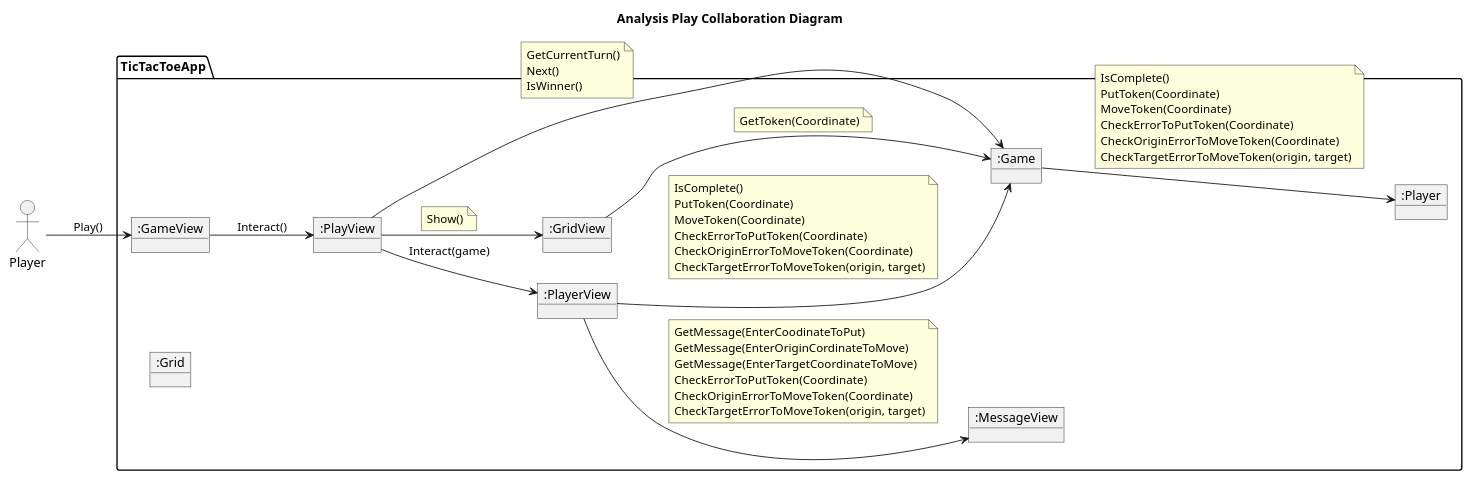
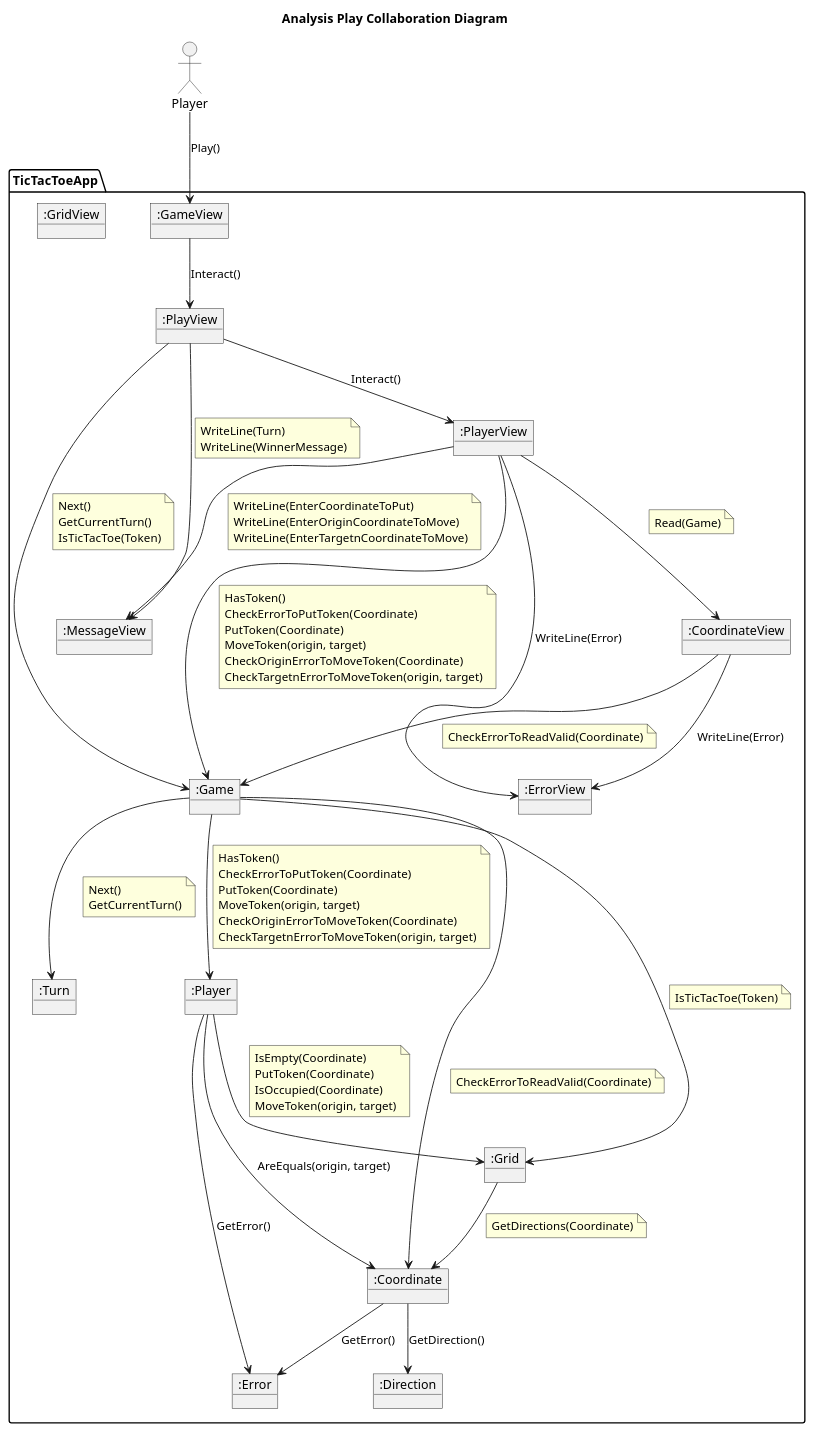
One commit to franpaulinoinfante/TicTacToe changed the fifth of 10 diagrams in src/DocumentView/Basic/Docs/Analysis.plantuml. Above: the diagram before and after it, drawn with PlantUML. The commit also changed other lines of this file, not shown here.

```diff
--- a/src/DocumentView/Basic/Docs/Analysis.plantuml
+++ b/src/DocumentView/Basic/Docs/Analysis.plantuml
@@ -246,74 +246,117 @@
 @startuml Analysis Play Collaboration Diagram
-    left to right direction
     allowmixing
     title Analysis Play Collaboration Diagram
 
 actor "Player" as Actorr
 package TicTacToeApp{
 
     object ":GameView" as GameView{
     }
     object ":PlayView" as PlayView{
     }
     object ":MessageView" as MessageView{
     }
     object ":PlayerView" as PlayerView{
     }
     object ":GridView" as GridView{
     }
+    object ":CoordinateView" as CoordinateView{
+    }
+    object ":ErrorView" as ErrorView{
+    }
 
 
     object ":Game" as Game{
     }
+    object ":Turn" as Turn{
+    }
     object ":Player" as Player{
     }
     object ":Grid" as Grid{
+    }
+    object ":Coordinate" as Coordinate{
+    }
+    object ":Error" as Error{
+    }
+    object ":Direction" as Direction{
     }
     
 }
 
 Actorr --> GameView : Play()
     GameView --> PlayView : Interact()
-        PlayView --> PlayerView : Interact(game)
+        PlayView --> Game  
+            note on link
+                Next()
+                GetCurrentTurn()
+                IsTicTacToe(Token)
+            endnote
+            Game --> Turn
+                note on link
+                    Next()
+                    GetCurrentTurn()
+                endnote
+            Game --> Grid
+                note on link
+                    IsTicTacToe(Token)
+                endnote
+                Grid --> Coordinate
+                    note on link
+                        GetDirections(Coordinate)
+                    endNote
+                    Coordinate --> Direction : GetDirection()
+        PlayView --> MessageView
+            note on link
+                WriteLine(Turn)
+                WriteLine(WinnerMessage)
+            endnote
+        PlayView --> PlayerView : Interact()
             PlayerView --> Game
                 note on link
-                    IsComplete()
+                    HasToken()
+                    CheckErrorToPutToken(Coordinate)
                     PutToken(Coordinate)
-                    MoveToken(Coordinate)
-                    CheckErrorToPutToken(Coordinate)
+                    MoveToken(origin, target)
                     CheckOriginErrorToMoveToken(Coordinate)
-                    CheckTargetErrorToMoveToken(origin, target)
+                    CheckTargetnErrorToMoveToken(origin, target)
                 endnote
                 Game --> Player
                     note on link
-                        IsComplete()
+                        HasToken()
+                        CheckErrorToPutToken(Coordinate)
                         PutToken(Coordinate)
-                        MoveToken(Coordinate)
-                        CheckErrorToPutToken(Coordinate)
+                        MoveToken(origin, target)
                         CheckOriginErrorToMoveToken(Coordinate)
-                        CheckTargetErrorToMoveToken(origin, target)
+                        CheckTargetnErrorToMoveToken(origin, target)
                     endnote
+                    Player --> Grid
+                        note on link
+                            IsEmpty(Coordinate)
+                            PutToken(Coordinate)
+                            IsOccupied(Coordinate)
+                            MoveToken(origin, target)
+                        endnote
+                    Player --> Coordinate : AreEquals(origin, target)
+                    Player --> Error : GetError()
             PlayerView --> MessageView
                 note on link
-                    GetMessage(EnterCoodinateToPut)
-                    GetMessage(EnterOriginCordinateToMove)
-                    GetMessage(EnterTargetCoordinateToMove)
-                    CheckErrorToPutToken(Coordinate)
-                    CheckOriginErrorToMoveToken(Coordinate)
-                    CheckTargetErrorToMoveToken(origin, target)
+                    WriteLine(EnterCoordinateToPut)
+                    WriteLine(EnterOriginCoordinateToMove)
+                    WriteLine(EnterTargetnCoordinateToMove)
                 endnote
-        PlayView --> Game  
-            note on link
-                GetCurrentTurn()
-                Next()
-                IsWinner()
-            endnote
-        PlayView --> GridView
-            note on link
-                Show()
-            endnote
-            GridView --> Game
+            PlayerView --> CoordinateView
                 note on link
-                    GetToken(Coordinate)
+                    Read(Game)
                 endnote
+                CoordinateView --> Game
+                    note on link
+                        CheckErrorToReadValid(Coordinate)
+                    endnote
+                    Game --> Coordinate
+                        note on link
+                            CheckErrorToReadValid(Coordinate)
+                        endnote
+                        Coordinate --> Error : GetError()
+                CoordinateView --> ErrorView : WriteLine(Error)
+            PlayerView --> ErrorView : WriteLine(Error)
 @enduml
```
